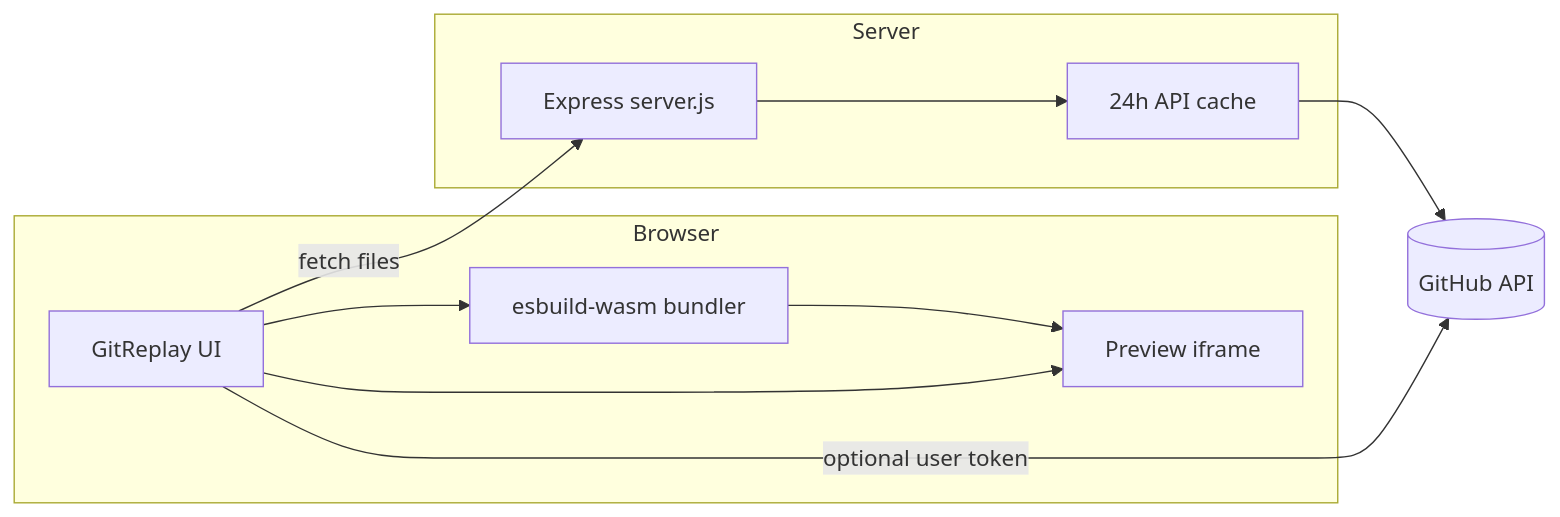
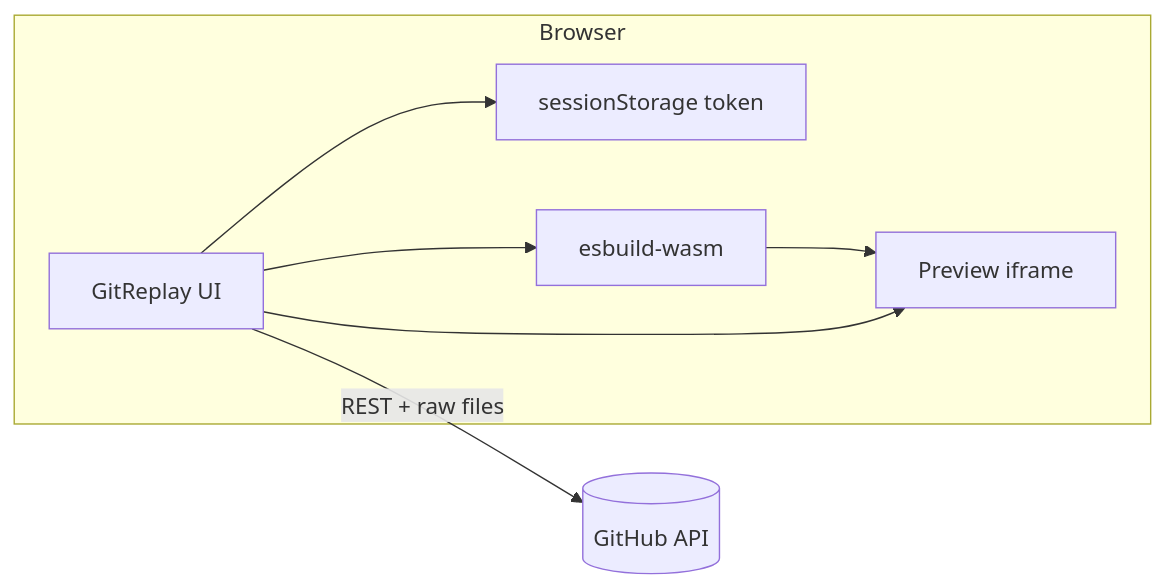
Before and after one commit to Delexoo/GitReplay: the diagram in README.md, drawn with Mermaid. The commit also changed other lines of this file and 12 other files, not shown here.

First line of the commit message:
Switch to public static app with session-only GitHub auth

````diff
--- a/README.md
+++ b/README.md
@@ -123,20 +156,15 @@
 ```mermaid
 flowchart LR
   subgraph Browser
     UI[GitReplay UI]
+    Session[sessionStorage token]
     Preview[Preview iframe]
-    Bundler[esbuild-wasm bundler]
-  end
-  subgraph Server
-    Express[Express server.js]
-    Cache[24h API cache]
+    Bundler[esbuild-wasm]
   end
   GitHub[(GitHub API)]
-  UI -->|fetch files| Express
-  Express --> Cache
-  Cache --> GitHub
-  UI -->|optional user token| GitHub
+  UI --> Session
+  UI -->|REST + raw files| GitHub
   UI --> Bundler
   Bundler --> Preview
   UI --> Preview
 ```
````
